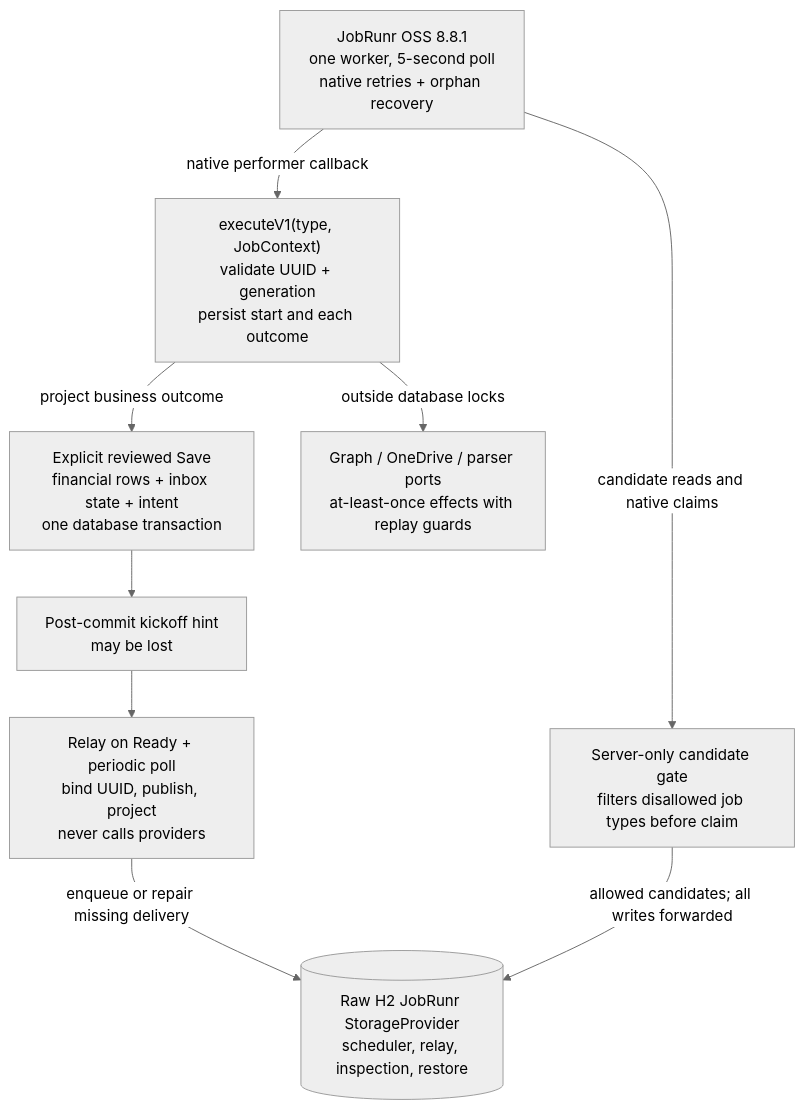
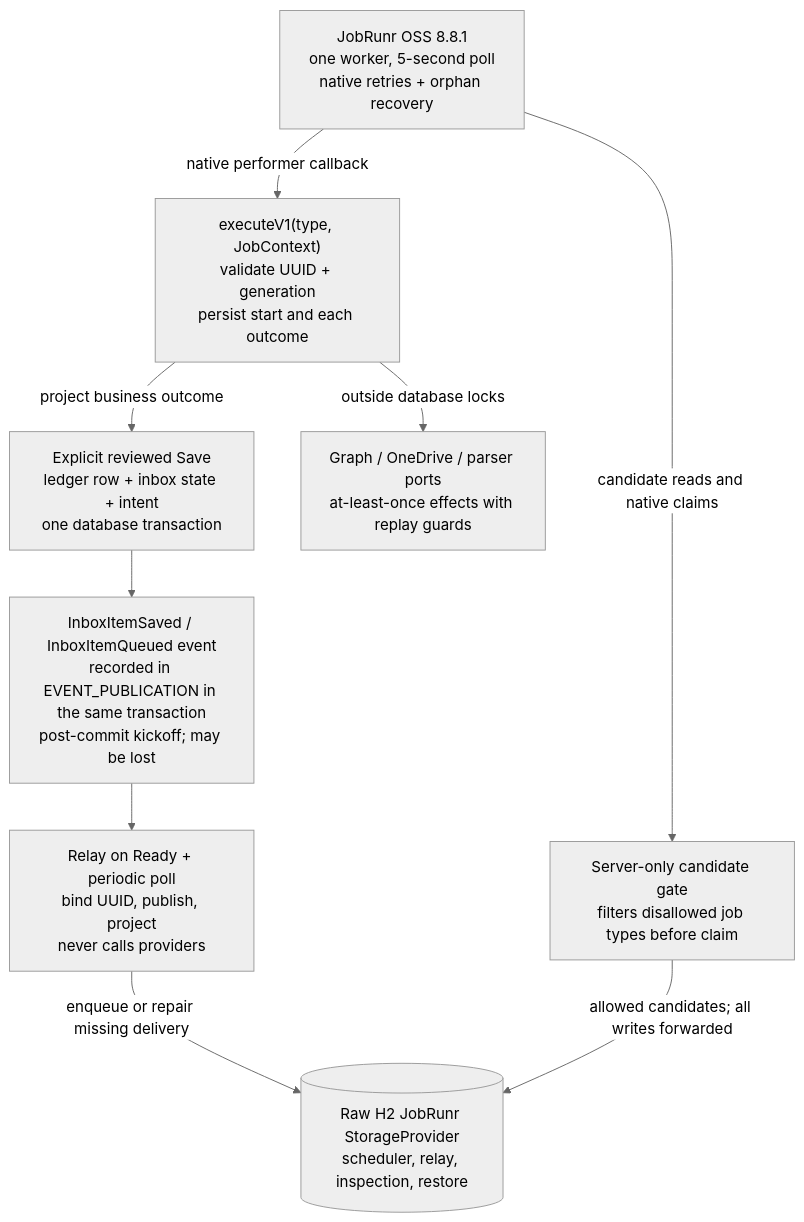
One commit to jinloes/bookie changed the third of 3 diagrams in diagrams/architecture.md. Above: the diagram before and after it, drawn with Mermaid (neutral theme). The commit also changed other lines of this file and 621 other files, not shown here.

First line of the commit message:
Retire legacy flows and adopt Spring Modulith

````diff
--- a/diagrams/architecture.md
+++ b/diagrams/architecture.md
@@ -117,20 +119,20 @@
 ```mermaid
 flowchart TB
-  Save["Explicit reviewed Save<br/>financial rows + inbox state + intent<br/>one database transaction"]
-  Hint["Post-commit kickoff hint<br/>may be lost"]
+  Save["Explicit reviewed Save<br/>ledger row + inbox state + intent<br/>one database transaction"]
+  Hint["InboxItemSaved / InboxItemQueued event<br/>recorded in EVENT_PUBLICATION in the same transaction<br/>post-commit kickoff; may be lost"]
   Relay["Relay on Ready + periodic poll<br/>bind UUID, publish, project<br/>never calls providers"]
   Raw[("Raw H2 JobRunr StorageProvider<br/>scheduler, relay, inspection, restore")]
   Gate["Server-only candidate gate<br/>filters disallowed job types before claim"]
   Engine["JobRunr OSS 8.8.1<br/>one worker, 5-second poll<br/>native retries + orphan recovery"]
   Callback["executeV1(type, JobContext)<br/>validate UUID + generation<br/>persist start and each outcome"]
   Providers["Graph / OneDrive / parser ports<br/>at-least-once effects with replay guards"]
 
   Save --> Hint
   Hint --> Relay
   Relay -->|enqueue or repair missing delivery| Raw
   Engine -->|candidate reads and native claims| Gate
   Gate -->|allowed candidates; all writes forwarded| Raw
   Engine -->|native performer callback| Callback
   Callback -->|outside database locks| Providers
   Callback -->|project business outcome| Save
 ```
````
